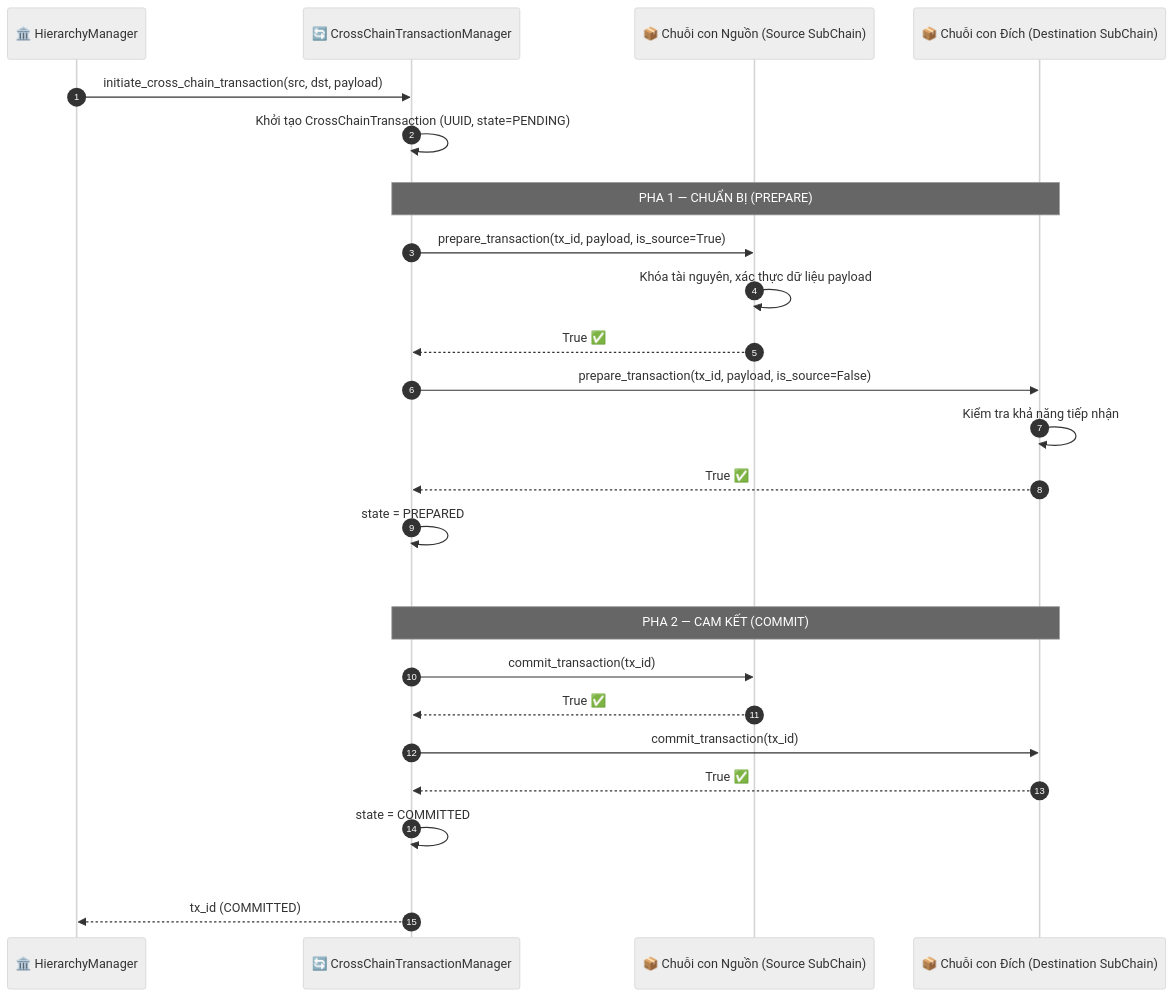
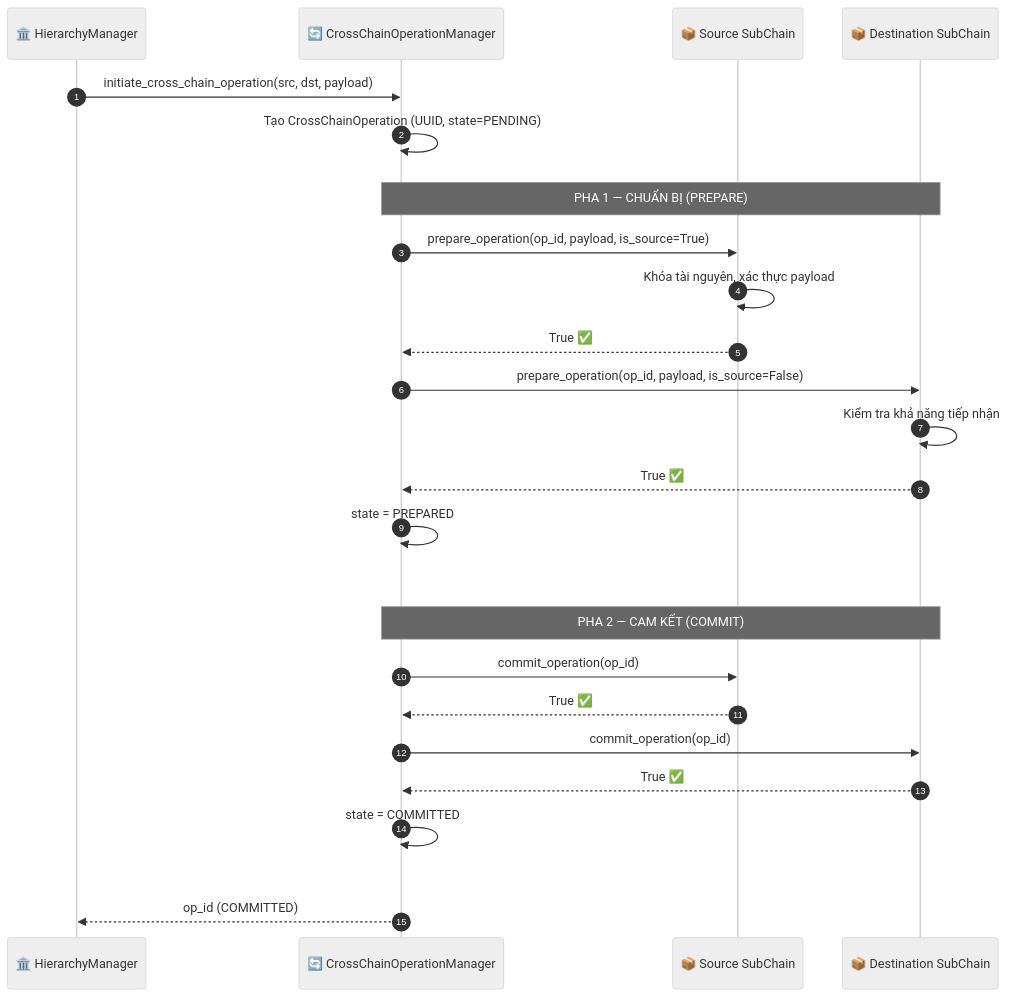
The first of 3 diagrams in docs/vi/workflows/cross-chain-2pc.md (VanDung-dev/HieraChain), drawn with Mermaid (neutral theme) before and after one commit. The commit also changed other lines of this file and 20 other files, not shown here.

First line of the commit message:
docs: sync schema changes, update file paths, and improve consistency

````diff
--- a/docs/vi/workflows/cross-chain-2pc.md
+++ b/docs/vi/workflows/cross-chain-2pc.md
@@ -19,35 +19,35 @@
 ```mermaid
 sequenceDiagram
     autonumber
     participant HM as 🏛️ HierarchyManager
-    participant TM as 🔄 CrossChainTransactionManager
-    participant SRC as 📦 Chuỗi con Nguồn (Source SubChain)
-    participant DST as 📦 Chuỗi con Đích (Destination SubChain)
+    participant TM as 🔄 CrossChainOperationManager
+    participant SRC as 📦 Source SubChain
+    participant DST as 📦 Destination SubChain
 
-    HM->>TM: initiate_cross_chain_transaction(src, dst, payload)
-    TM->>TM: Khởi tạo CrossChainTransaction (UUID, state=PENDING)
+    HM->>TM: initiate_cross_chain_operation(src, dst, payload)
+    TM->>TM: Tạo CrossChainOperation (UUID, state=PENDING)
 
     rect rgb(0, 0, 0, 0)
         Note over TM,DST: PHA 1 — CHUẨN BỊ (PREPARE)
-        TM->>SRC: prepare_transaction(tx_id, payload, is_source=True)
-        SRC->>SRC: Khóa tài nguyên, xác thực dữ liệu payload
+        TM->>SRC: prepare_operation(op_id, payload, is_source=True)
+        SRC->>SRC: Khóa tài nguyên, xác thực payload
         SRC-->>TM: True ✅
 
-        TM->>DST: prepare_transaction(tx_id, payload, is_source=False)
+        TM->>DST: prepare_operation(op_id, payload, is_source=False)
         DST->>DST: Kiểm tra khả năng tiếp nhận
         DST-->>TM: True ✅
 
         TM->>TM: state = PREPARED
     end
 
     rect rgb(0, 0, 0, 0)
         Note over TM,DST: PHA 2 — CAM KẾT (COMMIT)
-        TM->>SRC: commit_transaction(tx_id)
+        TM->>SRC: commit_operation(op_id)
         SRC-->>TM: True ✅
-        TM->>DST: commit_transaction(tx_id)
+        TM->>DST: commit_operation(op_id)
         DST-->>TM: True ✅
         TM->>TM: state = COMMITTED
     end
 
-    TM-->>HM: tx_id (COMMITTED)
+    TM-->>HM: op_id (COMMITTED)
 ```
````
